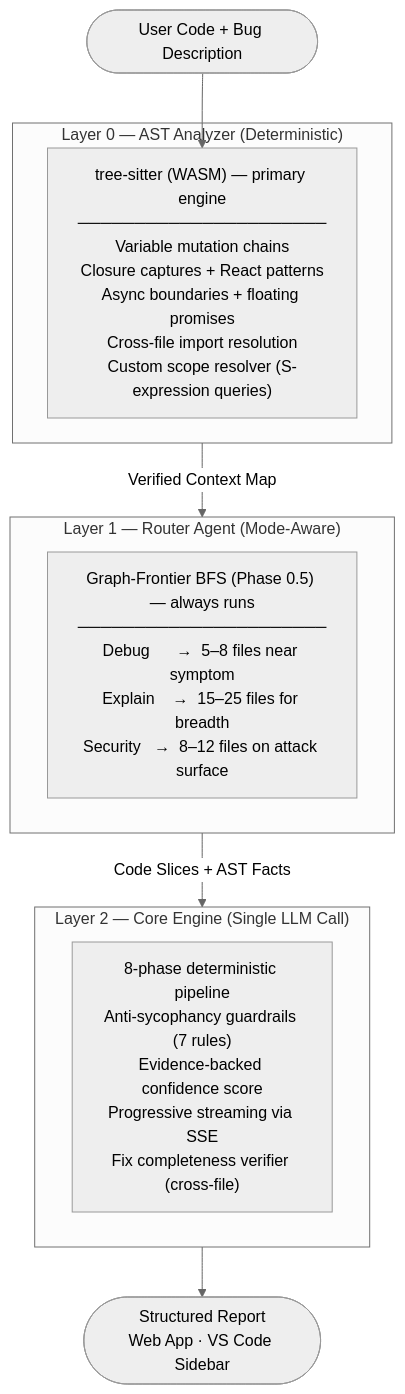
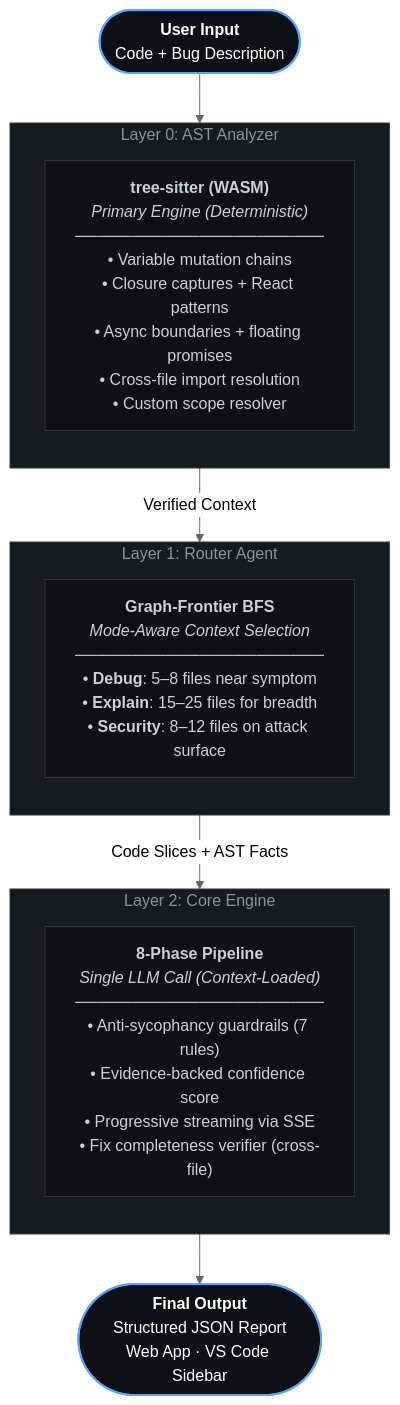
The diagram in README.md (EruditeCoder108/UnravelAI), drawn with Mermaid (neutral theme) before and after one commit. The commit also changed 1 other file, not shown here.

Commit message:
architecture and readme

````diff
--- a/README.md
+++ b/README.md
@@ -40,22 +40,38 @@
 ```mermaid
 flowchart TD
-    A([User Code + Bug Description]) --> B
-
-    subgraph L0["Layer 0 — AST Analyzer (Deterministic)"]
-        B["tree-sitter (WASM) — primary engine\n──────────────────────\nVariable mutation chains\nClosure captures + React patterns\nAsync boundaries + floating promises\nCross-file import resolution\nCustom scope resolver (S-expression queries)"]
+    %% Node Definitions
+    A([<b>User Input</b><br/>Code + Bug Description])
+    
+    subgraph L0 ["Layer 0: AST Analyzer"]
+        direction TB
+        B["<b>tree-sitter (WASM)</b><br/><i>Primary Engine (Deterministic)</i><br/>──────────────────────<br/>• Variable mutation chains<br/>• Closure captures + React patterns<br/>• Async boundaries + floating promises<br/>• Cross-file import resolution<br/>• Custom scope resolver"]
     end
 
-    L0 -->|Verified Context Map| L1
-
-    subgraph L1["Layer 1 — Router Agent (Mode-Aware)"]
-        C["Graph-Frontier BFS (Phase 0.5) — always runs\n──────────────────────\nDebug      →  5–8 files near symptom\nExplain    →  15–25 files for breadth\nSecurity   →  8–12 files on attack surface"]
+    subgraph L1 ["Layer 1: Router Agent"]
+        direction TB
+        C["<b>Graph-Frontier BFS</b><br/><i>Mode-Aware Context Selection</i><br/>──────────────────────<br/>• <b>Debug</b>: 5–8 files near symptom<br/>• <b>Explain</b>: 15–25 files for breadth<br/>• <b>Security</b>: 8–12 files on attack surface"]
     end
 
-    L1 -->|Code Slices + AST Facts| L2
-
-    subgraph L2["Layer 2 — Core Engine (Single LLM Call)"]
-        D["8-phase deterministic pipeline\nAnti-sycophancy guardrails (7 rules)\nEvidence-backed confidence score\nProgressive streaming via SSE\nFix completeness verifier (cross-file)"]
+    subgraph L2 ["Layer 2: Core Engine"]
+        direction TB
+        D["<b>8-Phase Pipeline</b><br/><i>Single LLM Call (Context-Loaded)</i><br/>──────────────────────<br/>• Anti-sycophancy guardrails (7 rules)<br/>• Evidence-backed confidence score<br/>• Progressive streaming via SSE<br/>• Fix completeness verifier (cross-file)"]
     end
 
-    L2 --> E([Structured Report\nWeb App · VS Code Sidebar])
+    E([<b>Final Output</b><br/>Structured JSON Report<br/>Web App · VS Code Sidebar])
+
+    %% Connections
+    A --> L0
+    L0 -->|Verified Context| L1
+    L1 -->|Code Slices + AST Facts| L2
+    L2 --> E
+
+    %% Styling
+    style A fill:#0d1117,stroke:#58a6ff,stroke-width:2px,color:#fff
+    style E fill:#0d1117,stroke:#58a6ff,stroke-width:2px,color:#fff
+    style B fill:#0d1117,stroke:#30363d,color:#c9d1d9
+    style C fill:#0d1117,stroke:#30363d,color:#c9d1d9
+    style D fill:#0d1117,stroke:#30363d,color:#c9d1d9
+    style L0 fill:#161b22,stroke:#30363d,color:#8b949e
+    style L1 fill:#161b22,stroke:#30363d,color:#8b949e
+    style L2 fill:#161b22,stroke:#30363d,color:#8b949e
 ```
````
